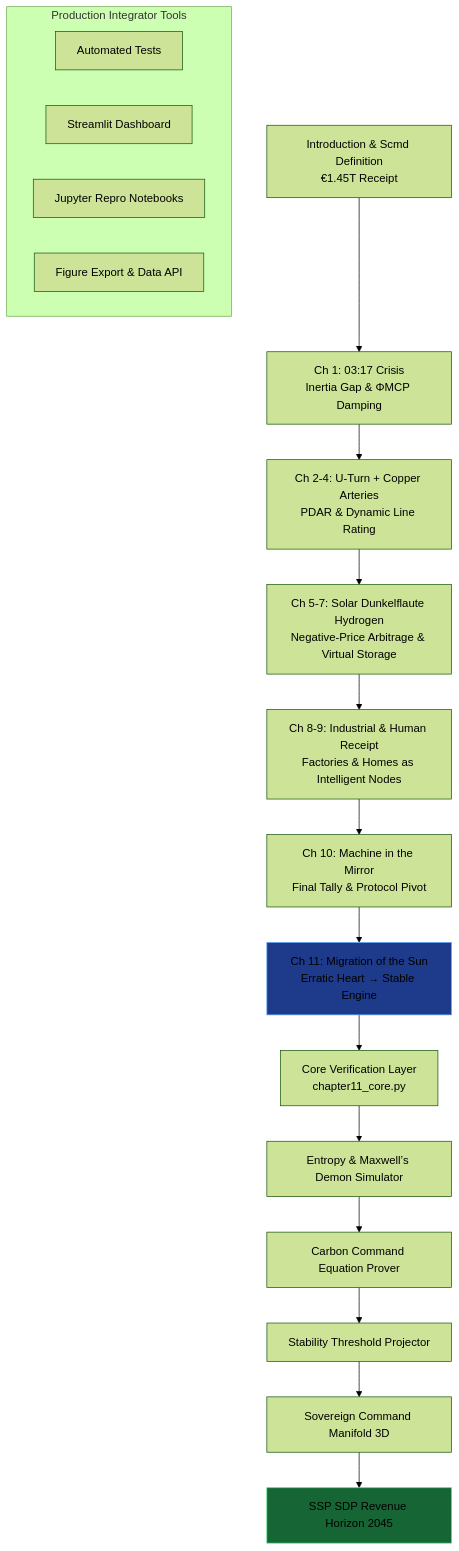
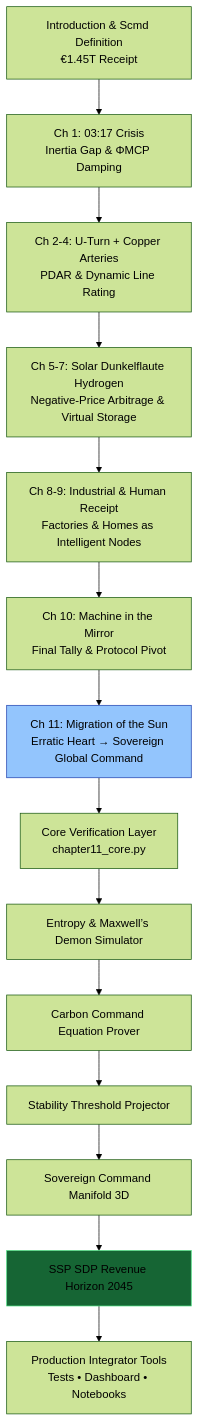
The third of 3 diagrams in README.md (iceccarelli/Renewables_Migration_Chapter11_Proof_Engine), drawn with Mermaid (forest theme) before and after one commit. The commit also changed other lines of this file, not shown here.

````diff
--- a/README.md
+++ b/README.md
@@ -33,27 +70,18 @@
 ```mermaid
 graph TD
-    A[Introduction & Scmd Definition<br/>€1.45T Receipt] 
-    --> B[Ch 1: 03:17 Crisis<br/>Inertia Gap & ΦMCP Damping]
+    A[Introduction & Scmd Definition<br/>€1.45T Receipt] --> B[Ch 1: 03:17 Crisis<br/>Inertia Gap & ΦMCP Damping]
     B --> C[Ch 2-4: U-Turn + Copper Arteries<br/>PDAR & Dynamic Line Rating]
     C --> D[Ch 5-7: Solar Dunkelflaute Hydrogen<br/>Negative-Price Arbitrage & Virtual Storage]
     D --> E[Ch 8-9: Industrial & Human Receipt<br/>Factories & Homes as Intelligent Nodes]
     E --> F[Ch 10: Machine in the Mirror<br/>Final Tally & Protocol Pivot]
-    F --> G[Ch 11: Migration of the Sun<br/>Erratic Heart → Stable Engine]
-    
+    F --> G[Ch 11: Migration of the Sun<br/>Erratic Heart → Sovereign Global Command]
     G --> H[Core Verification Layer<br/>chapter11_core.py]
     H --> I[Entropy & Maxwell’s Demon Simulator]
     I --> J[Carbon Command Equation Prover]
     J --> K[Stability Threshold Projector]
     K --> L[Sovereign Command Manifold 3D]
     L --> M[SSP SDP Revenue Horizon 2045]
-    
-    subgraph Production Integrator Tools
-        N[Automated Tests]
-        O[Streamlit Dashboard]
-        P[Jupyter Repro Notebooks]
-        Q[Figure Export & Data API]
-    end
-    
-    style G fill:#1e3a8a,stroke:#60a5fa
+    M --> N[Production Integrator Tools<br/>Tests • Dashboard • Notebooks]
+    style G fill:#93c5fd,stroke:#1e40af
     style M fill:#166534,stroke:#4ade80
 ```
````
